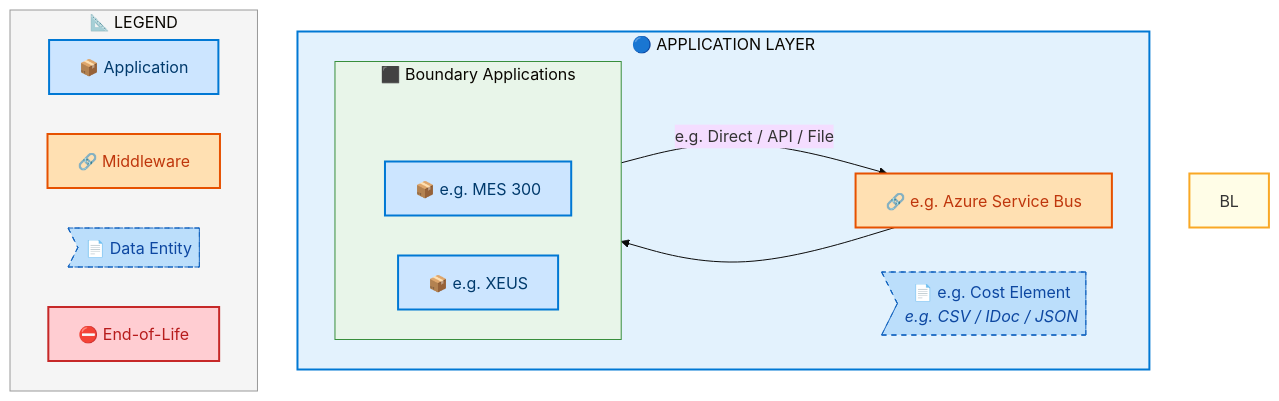
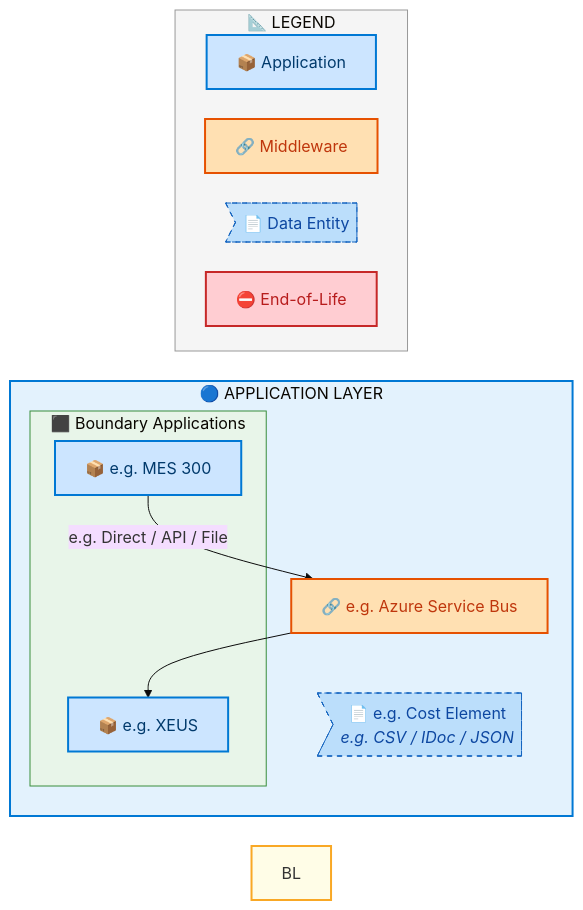
The fifth of 8 diagrams in towers/E2E/Procure to Pay/E2E-119/output/docs/systems-architecture/E2E-119-Architecture.md (sajivfrancis777/IAO-Architecture), drawn with Mermaid before and after one commit. The commit also changed other lines of this file and 252 other files, not shown here.

First line of the commit message:
fix: remove Mermaid ~~~ rank chain causing syntax error in v11.14.0

````diff
--- a/towers/E2E/Procure to Pay/E2E-119/output/docs/systems-architecture/E2E-119-Architecture.md
+++ b/towers/E2E/Procure to Pay/E2E-119/output/docs/systems-architecture/E2E-119-Architecture.md
@@ -527,44 +527,40 @@
 ```mermaid
-%%{init: {"theme": "base", "securityLevel": "loose", "themeVariables": {"fontSize": "16px", "fontFamily": "Segoe UI, Arial, sans-serif"}, "flowchart": {"useMaxWidth": false, "htmlLabels": true, "nodeSpacing": 40, "rankSpacing": 50}} }%%
-flowchart TB
+%%{init: {"theme": "base", "securityLevel": "loose", "themeVariables": {"fontSize": "16px", "fontFamily": "Segoe UI, Arial, sans-serif"}, "flowchart": {"useMaxWidth": false, "htmlLabels": true, "nodeSpacing": 30, "rankSpacing": 35}} }%%
+flowchart LR
     %% -- ArchiMate 3.2 + Azure style classes --
     classDef business      fill:#FFFFB3,stroke:#F9A825,stroke-width:2px,color:#000
     classDef app           fill:#CCE5FF,stroke:#0078D4,stroke-width:2px,color:#003A6C
     classDef data          fill:#BBDEFB,stroke:#1565C0,stroke-width:1px,color:#0D47A1,stroke-dasharray: 5 5
     classDef middleware    fill:#FFE0B2,stroke:#E65100,stroke-width:2px,color:#BF360C
     classDef eol           fill:#FFCDD2,stroke:#C62828,stroke-width:2px,color:#B71C1C
     classDef saas          fill:#E1BEE7,stroke:#7B1FA2,stroke-width:2px,color:#4A148C
     classDef cloud         fill:#BBDEFB,stroke:#1565C0,stroke-width:2px,color:#0D47A1
     classDef onprem        fill:#C8E6C9,stroke:#2E7D32,stroke-width:2px,color:#1B5E20
-    classDef rankAnchor    fill:none,stroke:none,color:transparent,font-size:1px
 
     subgraph AL["🔵 APPLICATION LAYER"]
-        direction LR
         subgraph E2E119CLN_Boundary_Applications[" ⬛ Boundary Applications"]
-            direction LR
-            E2E119C_ALRANK_0[ ]:::rankAnchor
             E2E119C_e_g_MES_300["📦 e.g. MES 300"]:::app
             E2E119C_e_g_XEUS["📦 e.g. XEUS"]:::app
         end
         E2E119CMW_e_g_Azure_Service_Bus["🔗 e.g. Azure Service Bus"]:::middleware
         E2E119CDE_e_g_Cost_Element>"📄 e.g. Cost Element<br/><i>e.g. CSV / IDoc / JSON</i>"]:::data
     end
 
     E2E119C_e_g_MES_300 -->|"e.g. Direct / API / File"| E2E119CMW_e_g_Azure_Service_Bus
     E2E119CMW_e_g_Azure_Service_Bus --> E2E119C_e_g_XEUS
 
 
     style BL fill:#FFFDE7,stroke:#F9A825,stroke-width:2px
     style AL fill:#E3F2FD,stroke:#0078D4,stroke-width:2px
 
     style E2E119CLN_Boundary_Applications fill:#E8F5E9,stroke:#388E3C,stroke-width:1px
 
     subgraph Legend["📐 LEGEND"]
         direction LR
         L_APP["📦 Application"]:::app
         L_MW["🔗 Middleware"]:::middleware
         L_DE>"📄 Data Entity"]:::data
         L_EOL["⛔ End-of-Life"]:::eol
     end
     style Legend fill:#F5F5F5,stroke:#999,stroke-width:1px
 ```
````
